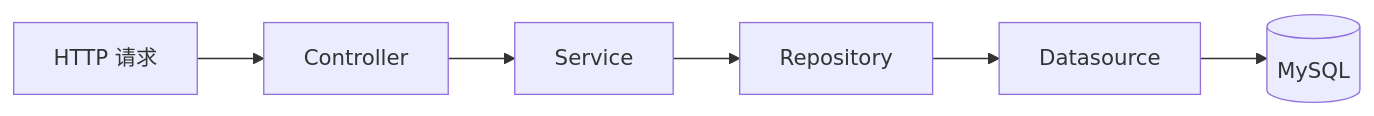
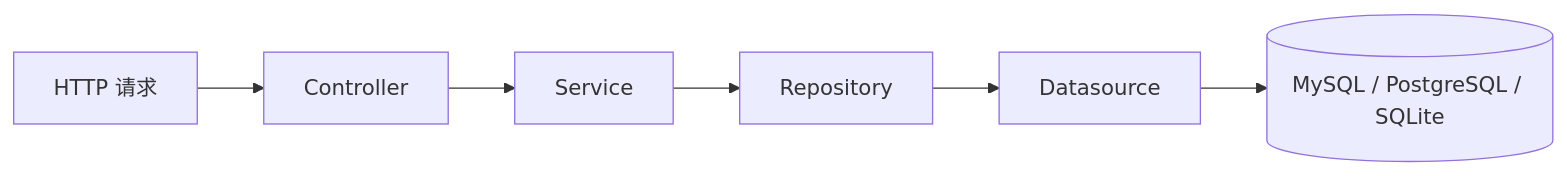
One commit to lovemefan/stemson changed the first of 2 diagrams in docs/ARCHITECTURE.md. Above: the diagram before and after it, drawn with Mermaid. The commit also changed other lines of this file and 22 other files, not shown here.

Commit message:
feat(database): add PostgreSQL and SQLite support

````diff
--- a/docs/ARCHITECTURE.md
+++ b/docs/ARCHITECTURE.md
@@ -18,8 +18,8 @@
 ```mermaid
 flowchart LR
     H[HTTP 请求] --> C[Controller]
     C --> S[Service]
     S --> R[Repository]
     R --> D[Datasource]
-    D --> DB[(MySQL)]
+    D --> DB[(MySQL / PostgreSQL / SQLite)]
 ```
````
